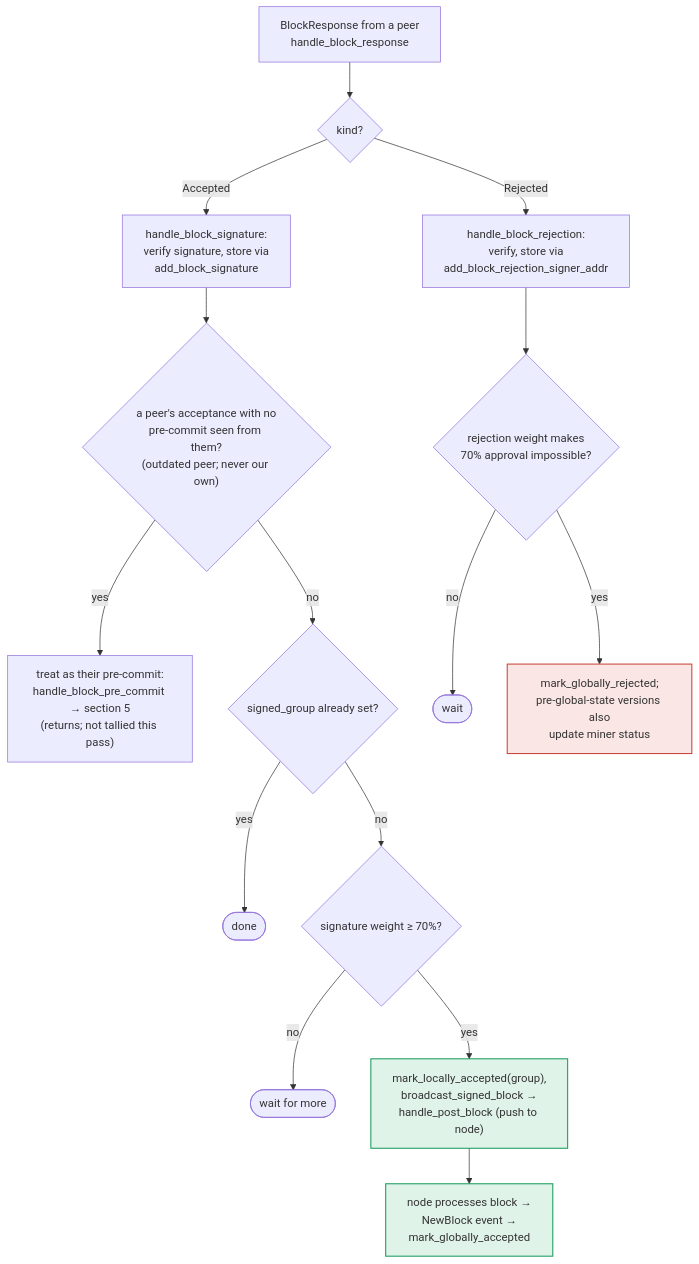
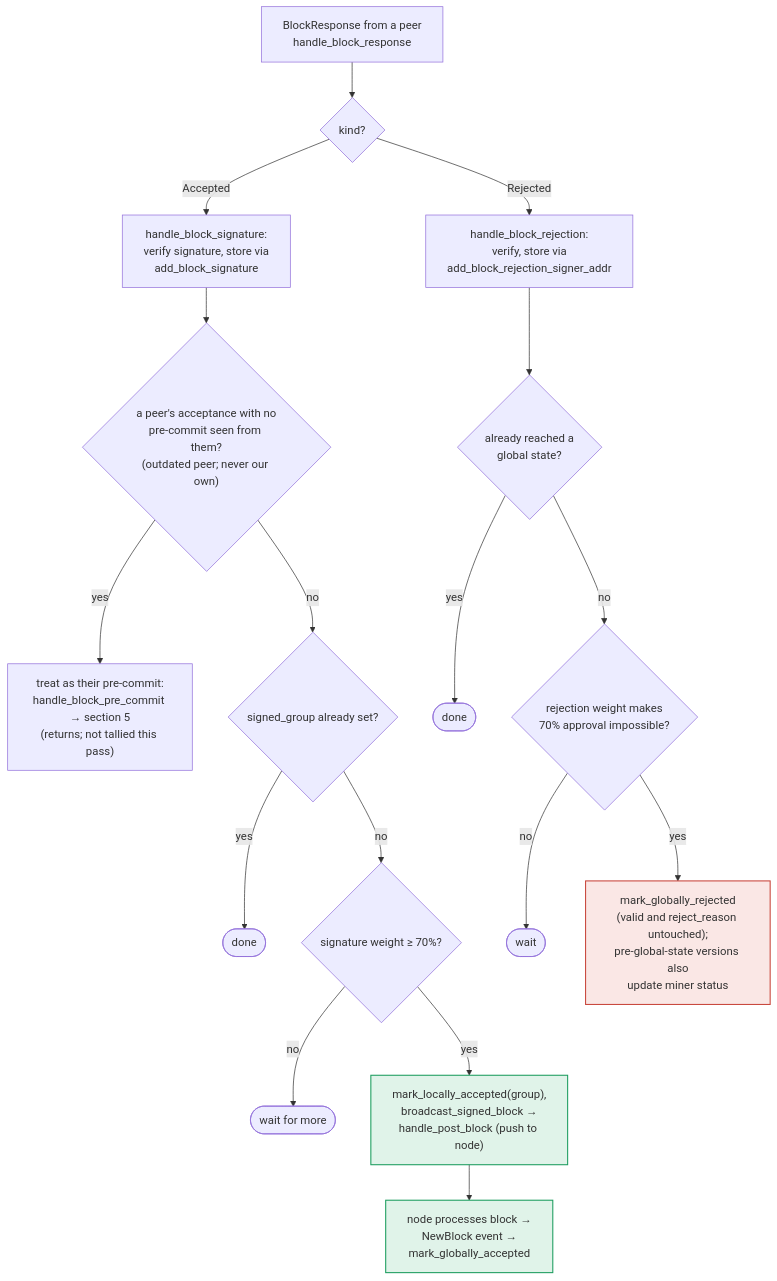
The seventh of 9 diagrams in docs/signer-flows.md (stacks-network/stacks-core), drawn with Mermaid before and after one commit. The commit also changed other lines of this file and 8 other files, not shown here.

````diff
--- a/docs/signer-flows.md
+++ b/docs/signer-flows.md
@@ -357,19 +393,21 @@
 ```mermaid
 flowchart TB
     IN["BlockResponse from a peer<br/>handle_block_response"] --> KIND{"kind?"}
     KIND -- "Accepted" --> HBS["handle_block_signature:<br/>verify signature, store via<br/>add_block_signature"]
     HBS --> OLD{"a peer's acceptance with no<br/>pre-commit seen from them?<br/>(outdated peer; never our own)"}
     OLD -- yes --> ASPC["treat as their pre-commit:<br/>handle_block_pre_commit → section 5<br/>(returns; not tallied this pass)"]
     OLD -- no --> GRP{"signed_group already set?"}
     GRP -- yes --> N1(["done"])
     GRP -- no --> TALLY{"signature weight ≥ 70%?"}
     TALLY -- no --> N2(["wait for more"])
     TALLY -- yes --> BCAST["mark_locally_accepted(group),<br/>broadcast_signed_block →<br/>handle_post_block (push to node)"]:::good
     KIND -- "Rejected" --> HBR["handle_block_rejection:<br/>verify, store via<br/>add_block_rejection_signer_addr"]
-    HBR --> RT{"rejection weight makes<br/>70% approval impossible?"}
+    HBR --> DONE{"already reached a<br/>global state?"}
+    DONE -- yes --> N4(["done"])
+    DONE -- no --> RT{"rejection weight makes<br/>70% approval impossible?"}
     RT -- no --> N3(["wait"])
-    RT -- yes --> GREJ["mark_globally_rejected;<br/>pre-global-state versions also<br/>update miner status"]:::bad
+    RT -- yes --> GREJ["mark_globally_rejected<br/>(valid and reject_reason untouched);<br/>pre-global-state versions also<br/>update miner status"]:::bad
     BCAST --> NB["node processes block →<br/>NewBlock event →<br/>mark_globally_accepted"]:::good
     classDef good fill:#17a45c22,stroke:#1d9d5f,stroke-width:1.5px;
     classDef bad fill:#d84a3f22,stroke:#c9473d,stroke-width:1.5px;
 ```
````
